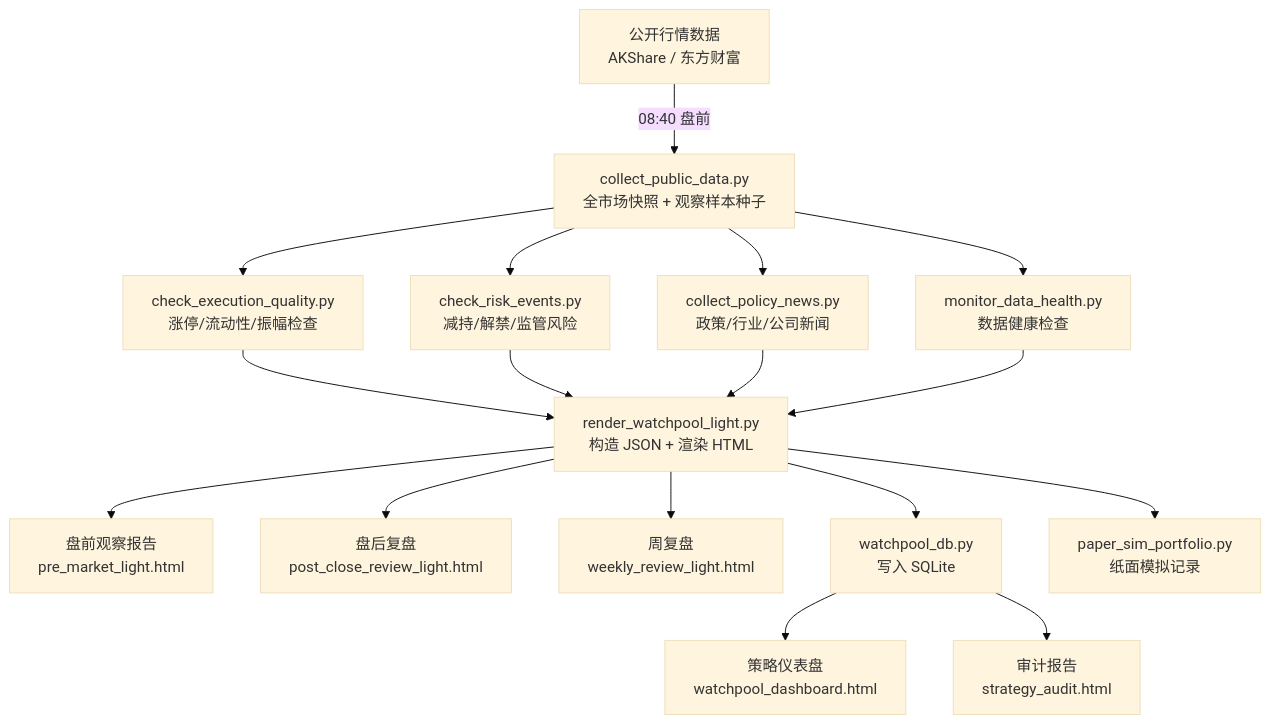
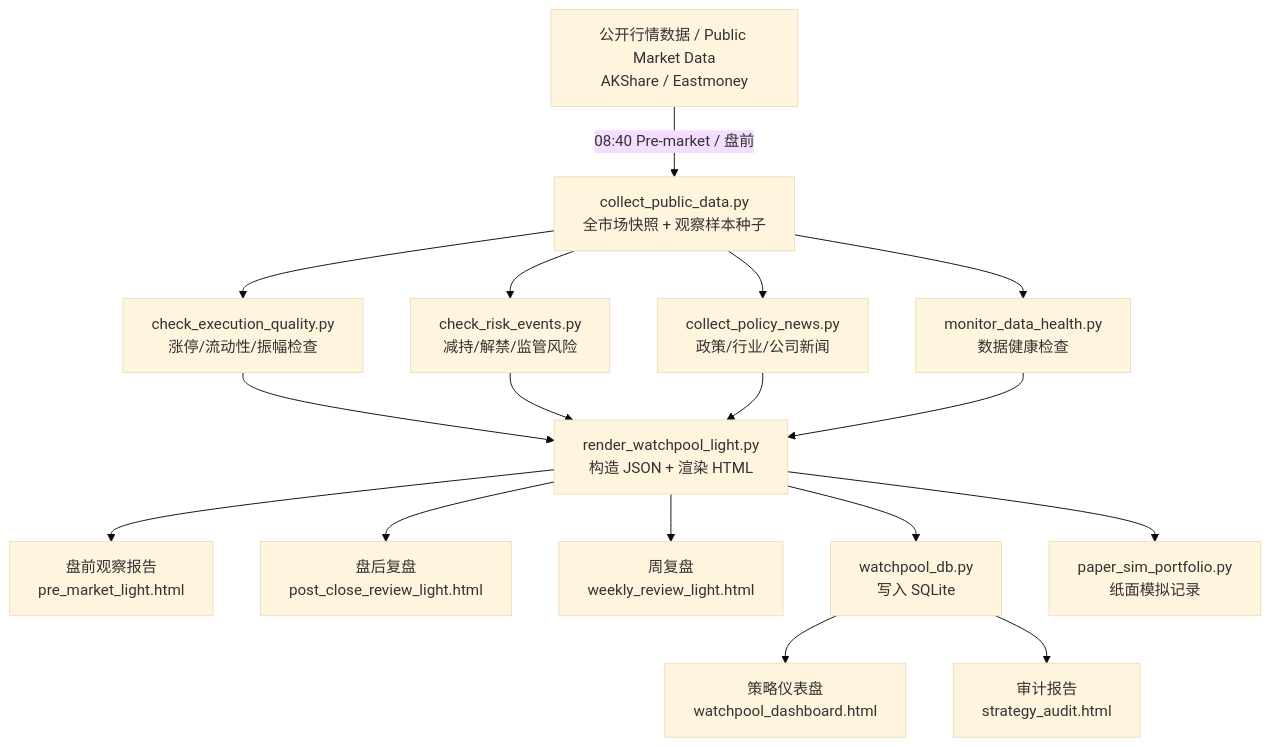
One commit to hasesc/a-share-watchpool changed the diagram in README.md. Above: the diagram before and after it, drawn with Mermaid (base theme). The commit also changed other lines of this file and 6 other files, not shown here.

````diff
--- a/README.md
+++ b/README.md
@@ -36,20 +64,20 @@
 ```mermaid
 graph TD
-    A[公开行情数据<br/>AKShare / 东方财富] -->|08:40 盘前| B[collect_public_data.py<br/>全市场快照 + 观察样本种子]
+    A[公开行情数据 / Public Market Data<br/>AKShare / Eastmoney] -->|08:40 Pre-market / 盘前| B[collect_public_data.py<br/>全市场快照 + 观察样本种子]
     B --> C[check_execution_quality.py<br/>涨停/流动性/振幅检查]
     B --> D[check_risk_events.py<br/>减持/解禁/监管风险]
     B --> E[collect_policy_news.py<br/>政策/行业/公司新闻]
     B --> F[monitor_data_health.py<br/>数据健康检查]
 
     C & D & E & F --> G[render_watchpool_light.py<br/>构造 JSON + 渲染 HTML]
 
     G --> H[盘前观察报告<br/>pre_market_light.html]
     G --> I[盘后复盘<br/>post_close_review_light.html]
     G --> J[周复盘<br/>weekly_review_light.html]
 
     G --> K[watchpool_db.py<br/>写入 SQLite]
     K --> L[策略仪表盘<br/>watchpool_dashboard.html]
     K --> M[审计报告<br/>strategy_audit.html]
 
     G --> N[paper_sim_portfolio.py<br/>纸面模拟记录]
 ```
````
